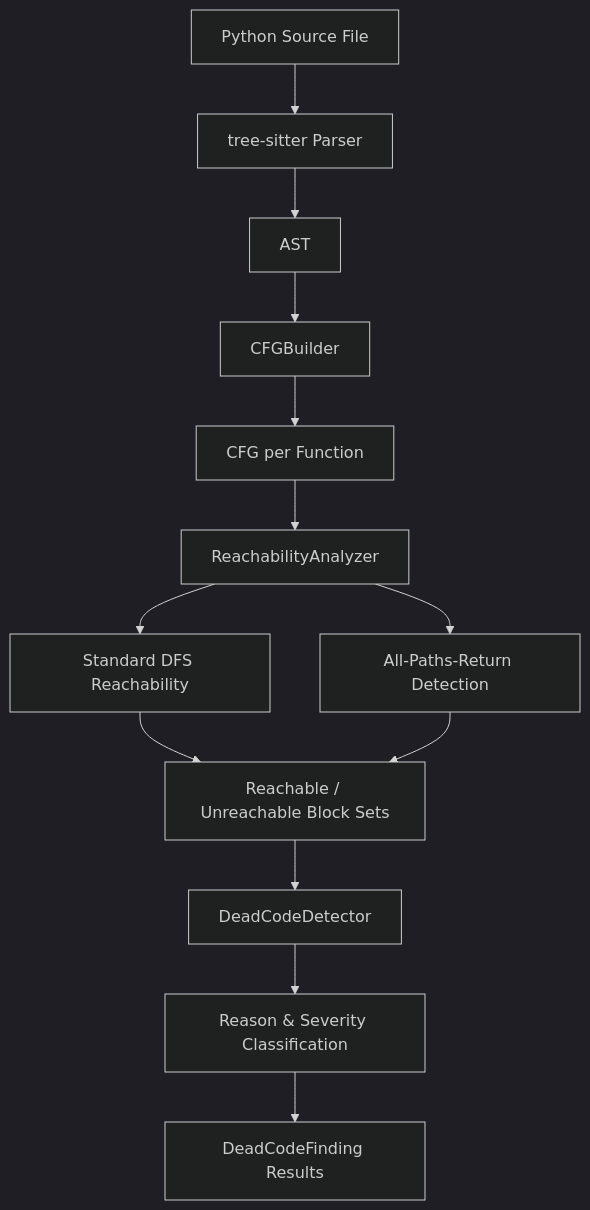
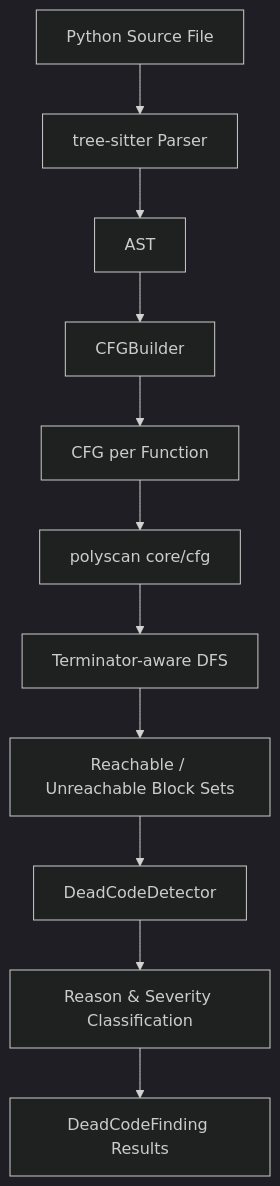
One commit to ludo-technologies/pyscn changed the first of 2 diagrams in docs/algorithms/dead-code.md. Above: the diagram before and after it, drawn with Mermaid (dark theme). The commit also changed other lines of this file and 18 other files, not shown here.

Commit message:
migrate: adopt core CFG analyses

````diff
--- a/docs/algorithms/dead-code.md
+++ b/docs/algorithms/dead-code.md
@@ -20,15 +20,13 @@
 ```mermaid
 graph TD
     A[Python Source File] --> B[tree-sitter Parser]
     B --> C[AST]
     C --> D[CFGBuilder]
     D --> E[CFG per Function]
-    E --> F[ReachabilityAnalyzer]
-    F --> G1[Standard DFS Reachability]
-    F --> G2[All-Paths-Return Detection]
-    G1 --> H[Reachable / Unreachable Block Sets]
-    G2 --> H
+    E --> F[polyscan core/cfg]
+    F --> G[Terminator-aware DFS]
+    G --> H[Reachable / Unreachable Block Sets]
     H --> I[DeadCodeDetector]
     I --> J[Reason & Severity Classification]
     J --> K[DeadCodeFinding Results]
 ```
````
